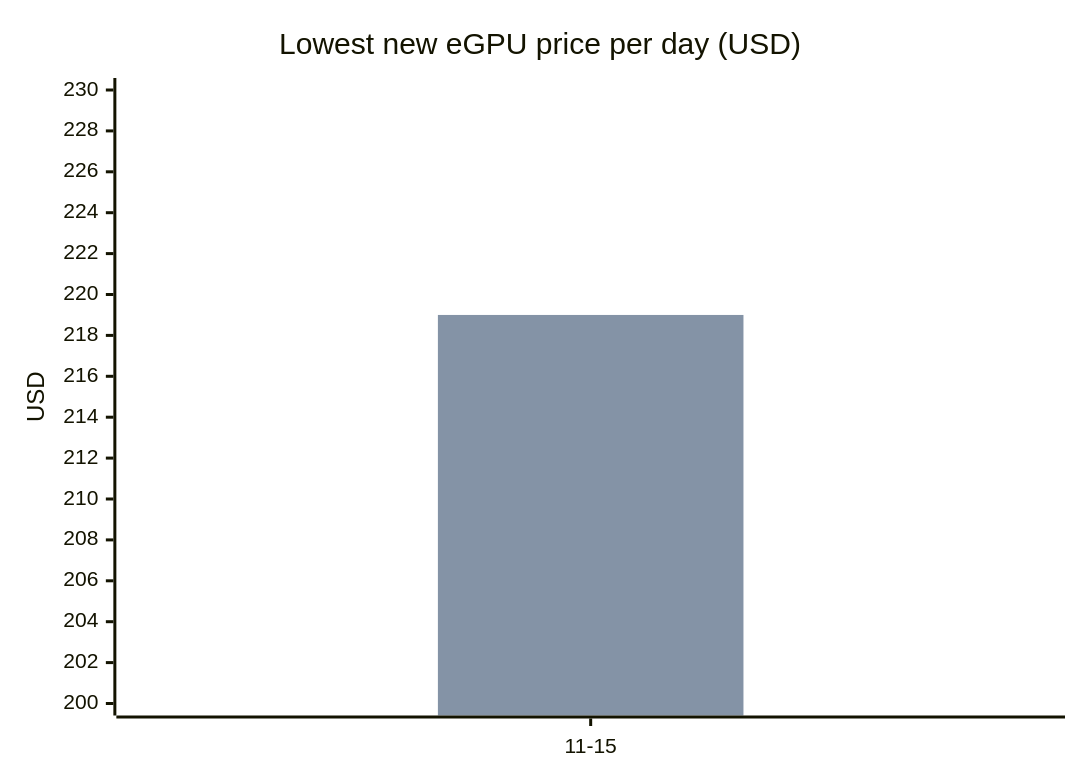
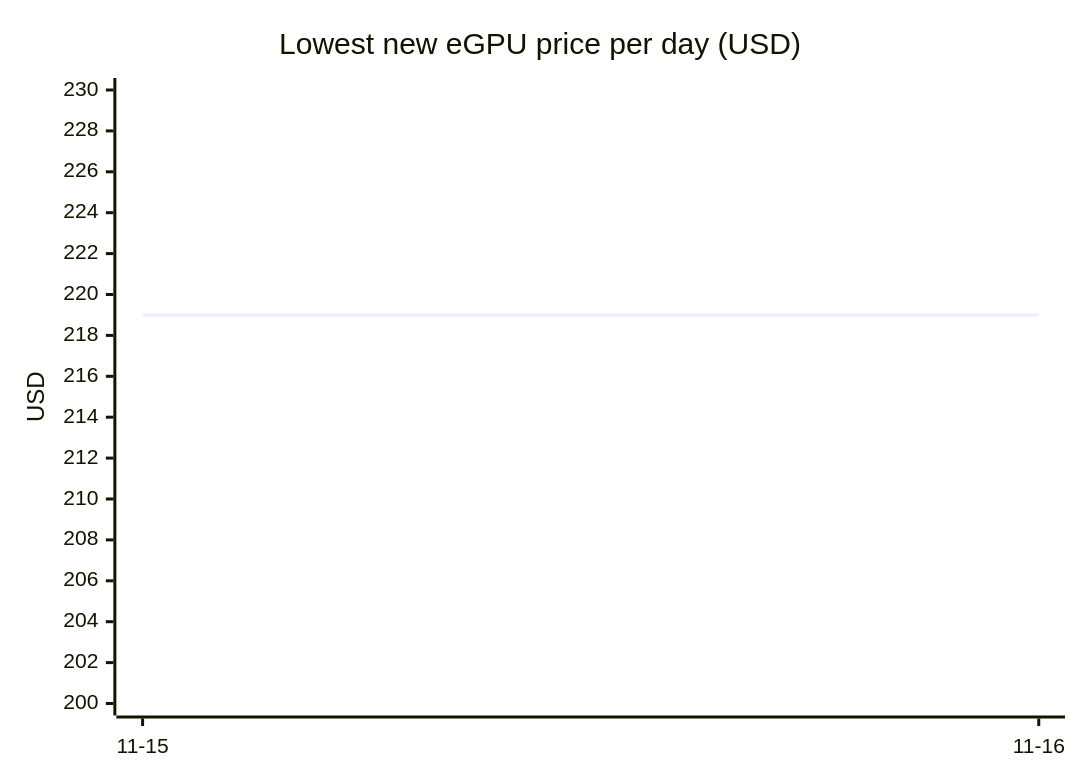
Diagram 15 of 16 in README.md (7324136828/4tb_ssd_price_watch), drawn with Mermaid before and after one commit. The commit also changed other lines of this file, not shown here.

````diff
--- a/README.md
+++ b/README.md
@@ -638,8 +741,7 @@
 ```mermaid
 xychart-beta
     title "Lowest new eGPU price per day (USD)"
-    x-axis ["11-15"]
+    x-axis ["11-15", "11-16"]
     y-axis "USD" 200 --> 230
-    line [219.00]
-    bar [219.00]
+    line [219.00, 219.00]
 ```
````
